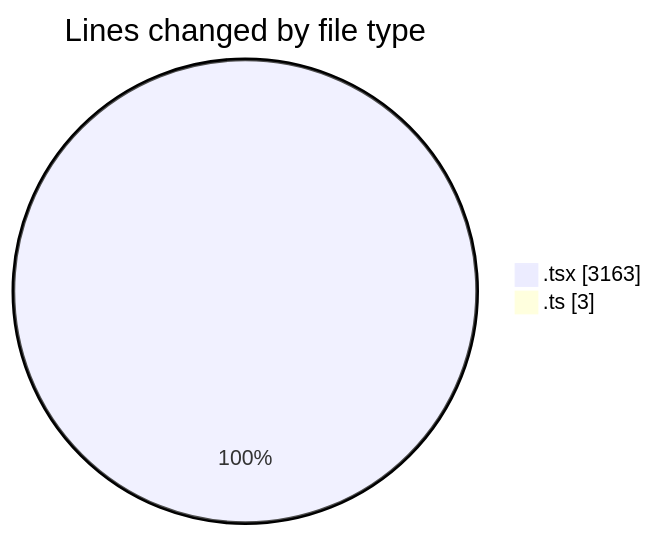
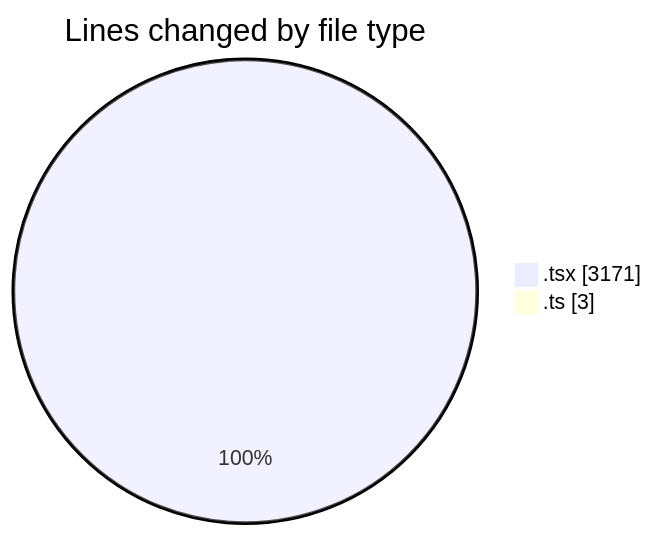
Before and after one commit to momahboobian/code-tracking: the first of 2 diagrams in 2025-11-17/cda/README.md, drawn with Mermaid. The commit also changed other lines of this file and 1 other file, not shown here.

````diff
--- a/2025-11-17/cda/README.md
+++ b/2025-11-17/cda/README.md
@@ -24,6 +24,6 @@
 ```mermaid
 pie showData
 title Lines changed by file type
-".tsx" : 3163
+".tsx" : 3171
 ".ts" : 3
 ```
````
